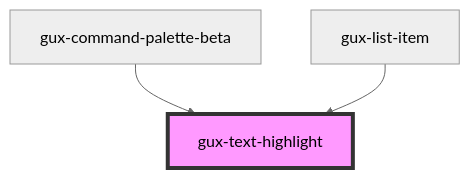
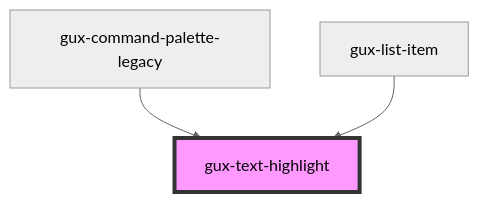
The diagram in src/components/stable/gux-text-highlight/readme.md (MyPureCloud/genesys-spark), drawn with Mermaid (neutral theme) before and after one commit. The commit also changed other lines of this file and 272 other files, not shown here.

````diff
--- a/src/components/stable/gux-text-highlight/readme.md
+++ b/src/components/stable/gux-text-highlight/readme.md
@@ -25,6 +25,6 @@
 ```mermaid
 graph TD;
-  gux-command-palette-beta --> gux-text-highlight
+  gux-command-palette-legacy --> gux-text-highlight
   gux-list-item --> gux-text-highlight
   style gux-text-highlight fill:#f9f,stroke:#333,stroke-width:4px
 ```
````
